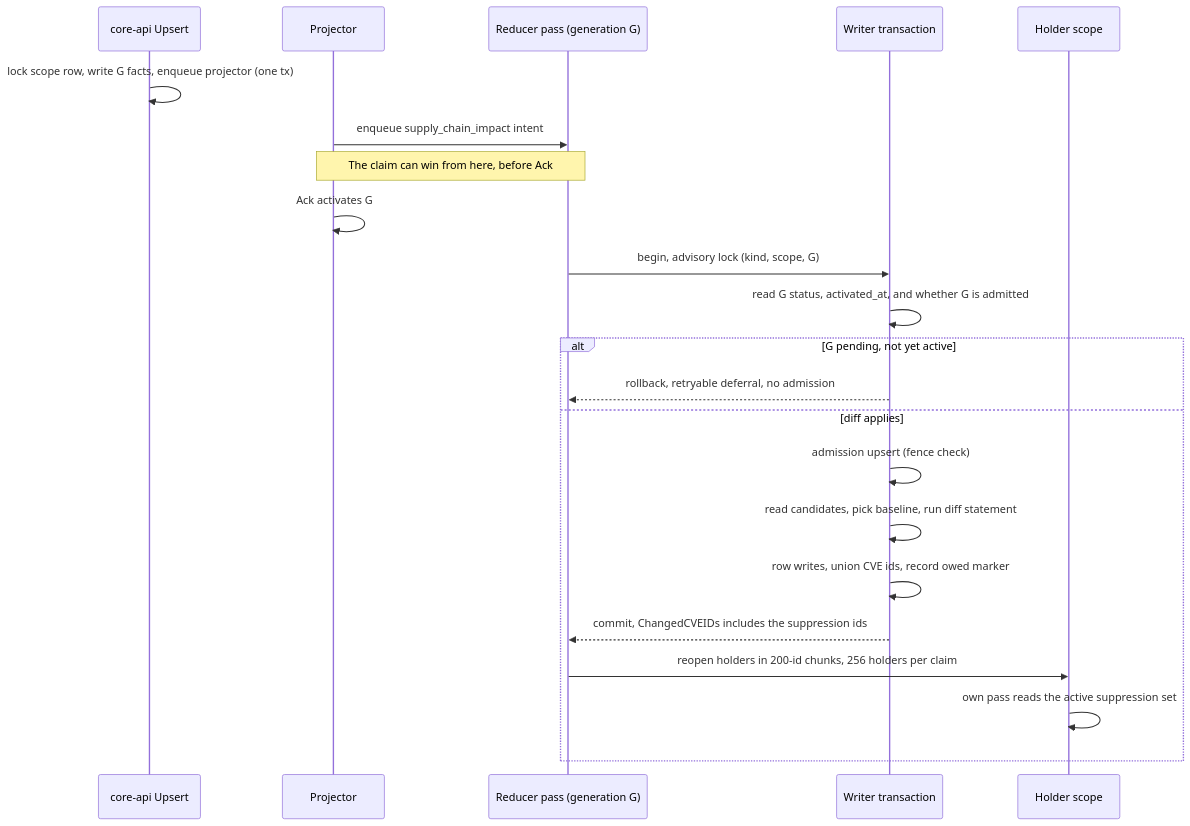
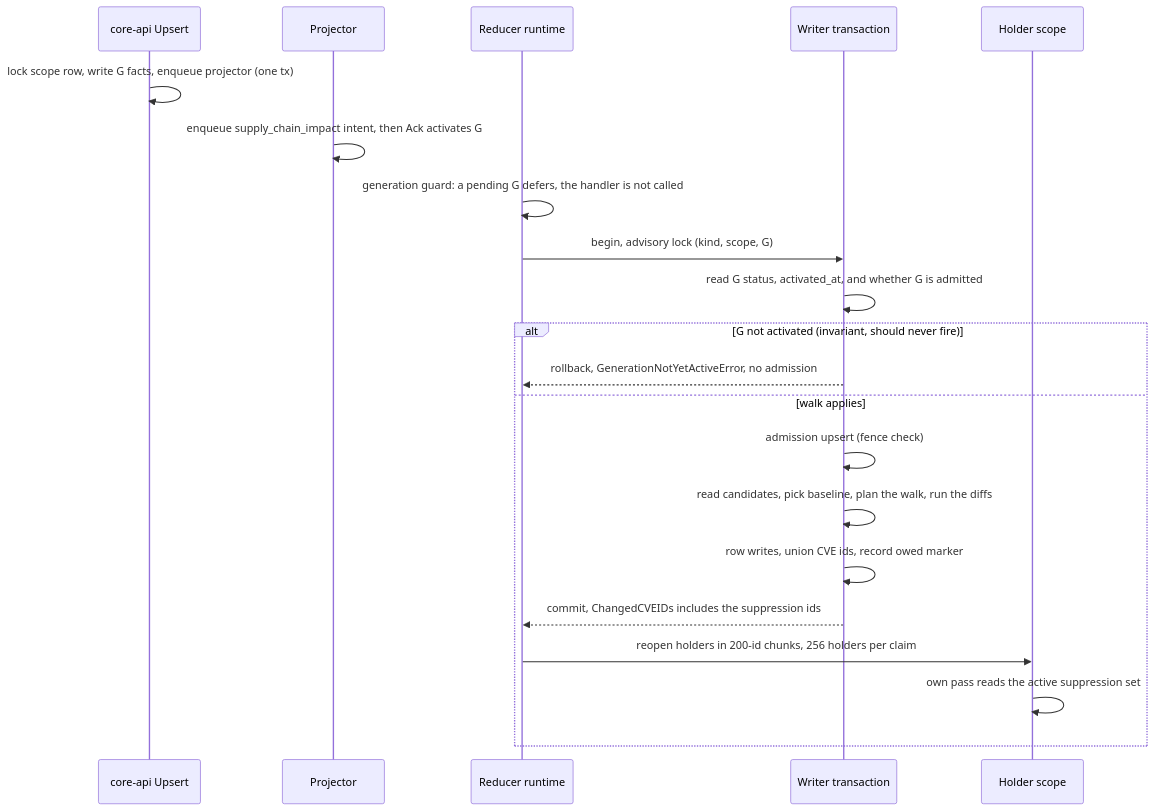
One commit to eshu-hq/eshu changed the first of 2 diagrams in docs/internal/design/10019-suppression-fanout.md. Above: the diagram before and after it, drawn with Mermaid. The commit also changed other lines of this file and 3 other files, not shown here.

````diff
--- a/docs/internal/design/10019-suppression-fanout.md
+++ b/docs/internal/design/10019-suppression-fanout.md
@@ -45,24 +46,23 @@
 ```mermaid
 sequenceDiagram
     participant API as core-api Upsert
     participant PR as Projector
-    participant RQ as Reducer pass (generation G)
+    participant RT as Reducer runtime
     participant TX as Writer transaction
     participant H as Holder scope
     API->>API: lock scope row, write G facts, enqueue projector (one tx)
-    PR->>RQ: enqueue supply_chain_impact intent
-    Note over PR,RQ: The claim can win from here, before Ack
-    PR->>PR: Ack activates G
-    RQ->>TX: begin, advisory lock (kind, scope, G)
+    PR->>PR: enqueue supply_chain_impact intent, then Ack activates G
+    RT->>RT: generation guard: a pending G defers, the handler is not called
+    RT->>TX: begin, advisory lock (kind, scope, G)
     TX->>TX: read G status, activated_at, and whether G is admitted
-    alt G pending, not yet active
-        TX-->>RQ: rollback, retryable deferral, no admission
-    else diff applies
+    alt G not activated (invariant, should never fire)
+        TX-->>RT: rollback, GenerationNotYetActiveError, no admission
+    else walk applies
         TX->>TX: admission upsert (fence check)
-        TX->>TX: read candidates, pick baseline, run diff statement
+        TX->>TX: read candidates, pick baseline, plan the walk, run the diffs
         TX->>TX: row writes, union CVE ids, record owed marker
-        TX-->>RQ: commit, ChangedCVEIDs includes the suppression ids
-        RQ->>H: reopen holders in 200-id chunks, 256 holders per claim
+        TX-->>RT: commit, ChangedCVEIDs includes the suppression ids
+        RT->>H: reopen holders in 200-id chunks, 256 holders per claim
         H->>H: own pass reads the active suppression set
     end
 ```
````
